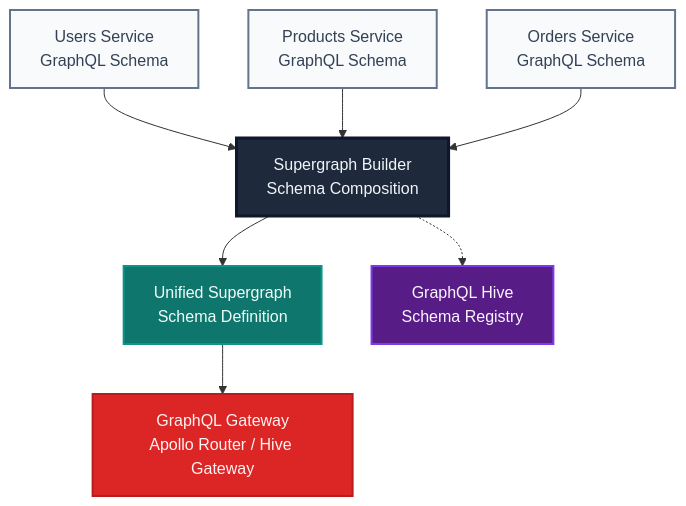
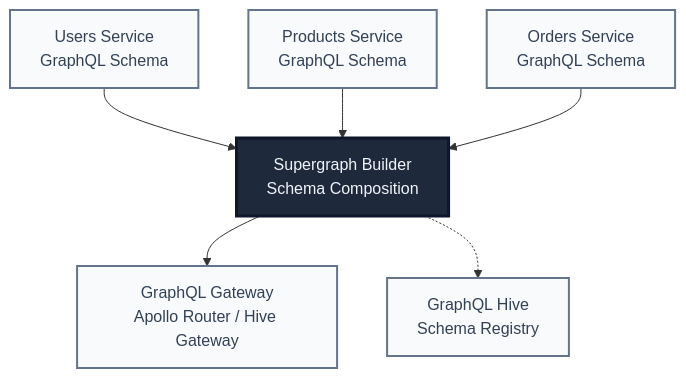
One commit to revisium/supergraph-builder changed the diagram in README.md. Above: the diagram before and after it, drawn with Mermaid.

````diff
--- a/README.md
+++ b/README.md
@@ -3,25 +3,22 @@
 ```mermaid
 graph TD
     A["Users Service<br/>GraphQL Schema"] 
     B["Products Service<br/>GraphQL Schema"]
     C["Orders Service<br/>GraphQL Schema"]
     
     A --> D["Supergraph Builder<br/>Schema Composition"]
     B --> D
     C --> D
     
-    D --> E["Unified Supergraph<br/>Schema Definition"]
-    
-    E --> G["GraphQL Gateway<br/>Apollo Router / Hive Gateway"]
+    D --> G["GraphQL Gateway<br/>Apollo Router / Hive Gateway"]
     
     F["GraphQL Hive<br/>Schema Registry"] 
     D -.-> F
     
     style A fill:#f8fafc,stroke:#64748b,stroke-width:2px,color:#334155
     style B fill:#f8fafc,stroke:#64748b,stroke-width:2px,color:#334155
     style C fill:#f8fafc,stroke:#64748b,stroke-width:2px,color:#334155
     style D fill:#1e293b,stroke:#0f172a,stroke-width:3px,color:#f1f5f9
-    style E fill:#0f766e,stroke:#0d9488,stroke-width:2px,color:#f0fdfa
-    style G fill:#dc2626,stroke:#b91c1c,stroke-width:2px,color:#fef2f2
-    style F fill:#581c87,stroke:#7c3aed,stroke-width:2px,color:#faf5ff
+    style G fill:#f8fafc,stroke:#64748b,stroke-width:2px,color:#334155
+    style F fill:#f8fafc,stroke:#64748b,stroke-width:2px,color:#334155
 ```
````
